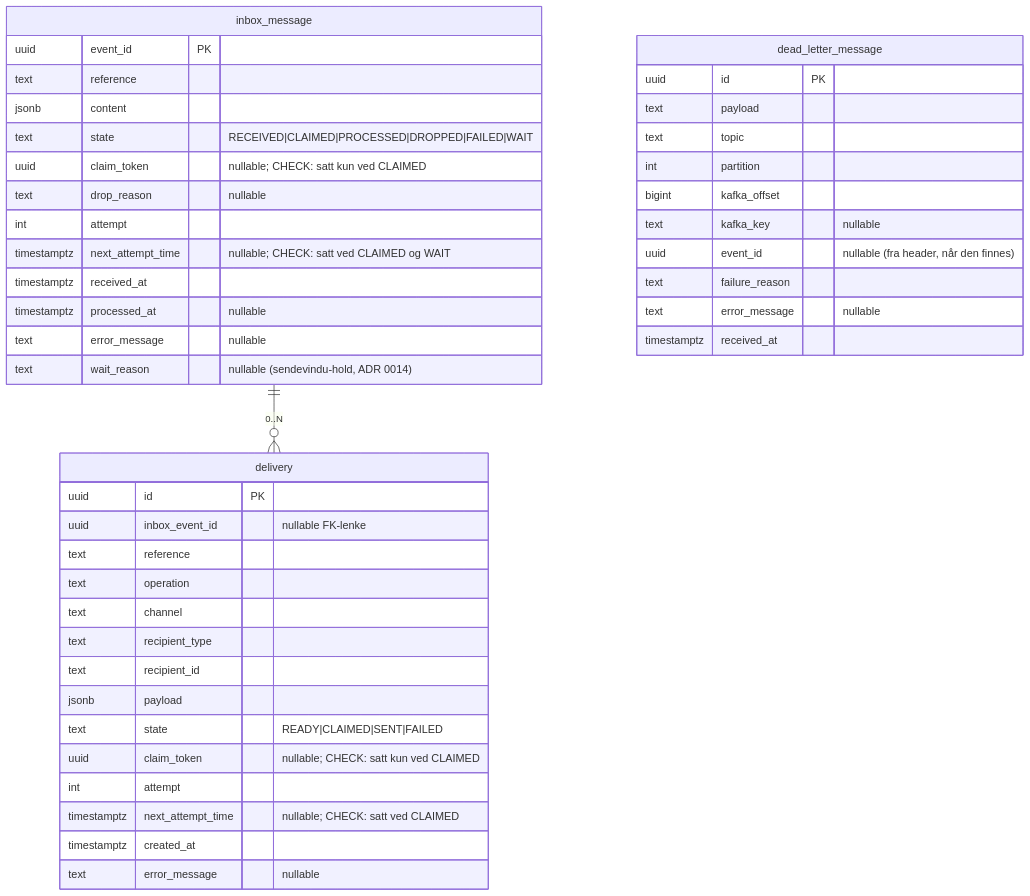
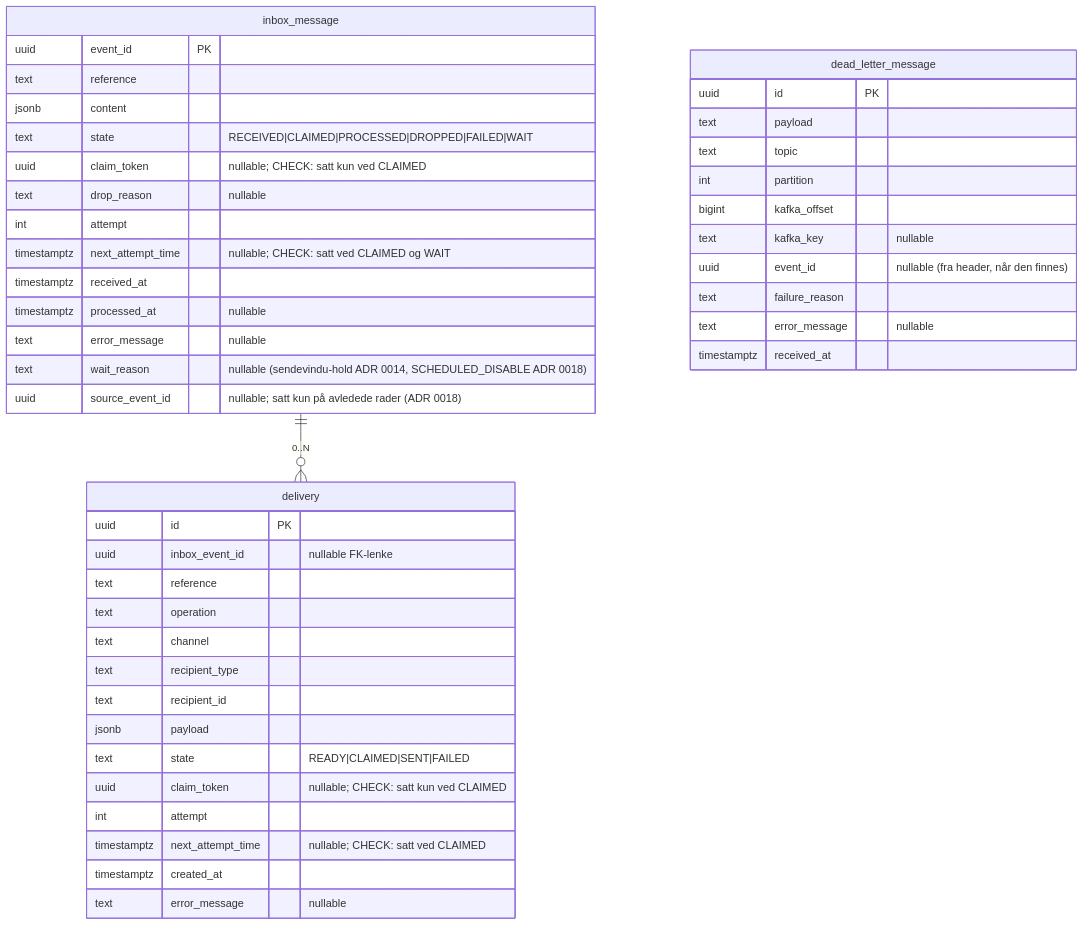
Before and after one commit to navikt/syfo-budstikka: the diagram in docs/datamodell.md, drawn with Mermaid. The commit also changed other lines of this file and 1 other file, not shown here.

First line of the commit message:
docs(adr): beskriv gjennomføringen av planlagt skjuling i ADR 0018

````diff
--- a/docs/datamodell.md
+++ b/docs/datamodell.md
@@ -8,49 +8,50 @@
 ```mermaid
 erDiagram
     inbox_message ||--o{ delivery : "0..N"
 
     inbox_message {
         uuid        event_id PK
         text        reference
         jsonb       content
         text        state "RECEIVED|CLAIMED|PROCESSED|DROPPED|FAILED|WAIT"
         uuid        claim_token "nullable; CHECK: satt kun ved CLAIMED"
         text        drop_reason "nullable"
         int         attempt
         timestamptz next_attempt_time "nullable; CHECK: satt ved CLAIMED og WAIT"
         timestamptz received_at
         timestamptz processed_at "nullable"
         text        error_message "nullable"
-        text        wait_reason "nullable (sendevindu-hold, ADR 0014)"
+        text        wait_reason "nullable (sendevindu-hold ADR 0014, SCHEDULED_DISABLE ADR 0018)"
+        uuid        source_event_id "nullable; satt kun på avledede rader (ADR 0018)"
     }
 
     delivery {
         uuid        id PK
         uuid        inbox_event_id "nullable FK-lenke"
         text        reference
         text        operation
         text        channel
         text        recipient_type
         text        recipient_id
         jsonb       payload
         text        state "READY|CLAIMED|SENT|FAILED"
         uuid        claim_token "nullable; CHECK: satt kun ved CLAIMED"
         int         attempt
         timestamptz next_attempt_time "nullable; CHECK: satt ved CLAIMED"
         timestamptz created_at
         text        error_message "nullable"
     }
 
     dead_letter_message {
         uuid        id PK
         text        payload
         text        topic
         int         partition
         bigint      kafka_offset
         text        kafka_key "nullable"
         uuid        event_id "nullable (fra header, når den finnes)"
         text        failure_reason
         text        error_message "nullable"
         timestamptz received_at
     }
 ```
````
